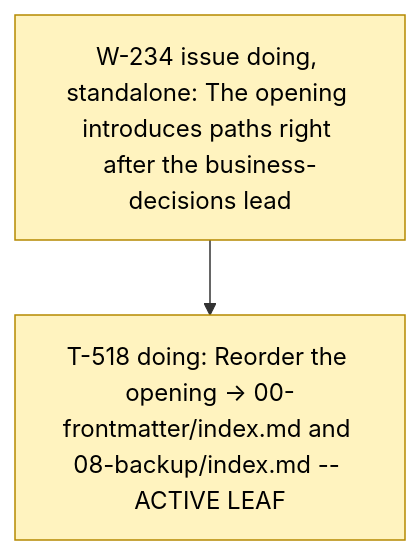
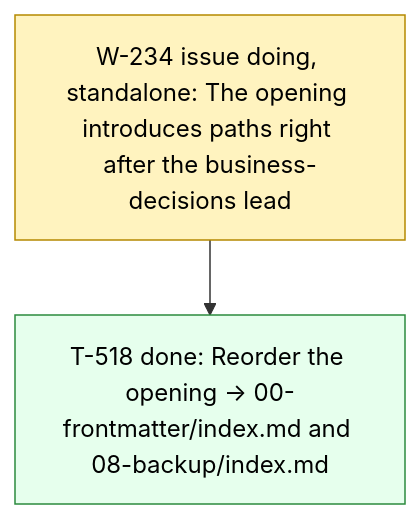
The diagram in .board/BOARD.md (dpopchev/chaos-to-simple), drawn with Mermaid before and after one commit. The commit also changed other lines of this file and 1 other file, not shown here.

Commit message:
chore(board): close T-518 -- W-234 ready to land
Refs: W-234 T-518

````diff
--- a/.board/BOARD.md
+++ b/.board/BOARD.md
@@ -1390,11 +1390,12 @@
 ```mermaid
 flowchart TD
   W234["W-234 issue doing, standalone: The opening introduces paths right after the business-decisions lead"]
-  W234 --> T518["T-518 doing: Reorder the opening -> 00-frontmatter/index.md and 08-backup/index.md -- ACTIVE LEAF"]
+  W234 --> T518["T-518 done: Reorder the opening -> 00-frontmatter/index.md and 08-backup/index.md"]
   classDef doing fill:#fff3bf,stroke:#b58900,color:#000;
   classDef blocked fill:#ffe3e3,stroke:#c92a2a,color:#000;
   classDef done fill:#e6ffed,stroke:#2b8a3e,color:#000;
   classDef todo fill:#f8f9fa,stroke:#868e96,color:#000;
   classDef pruned fill:#f1f3f5,stroke:#adb5bd,color:#000;
-  class W234,T518 doing
+  class W234 doing
+  class T518 done
 ```
````
